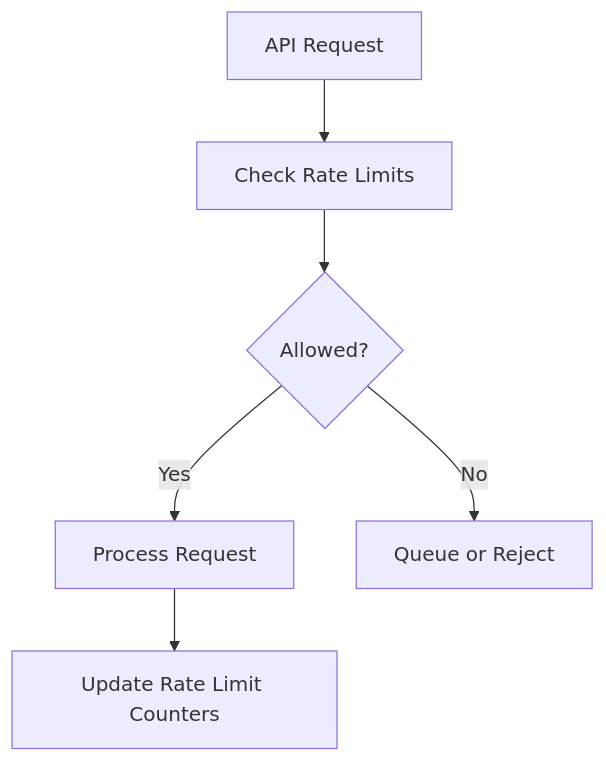
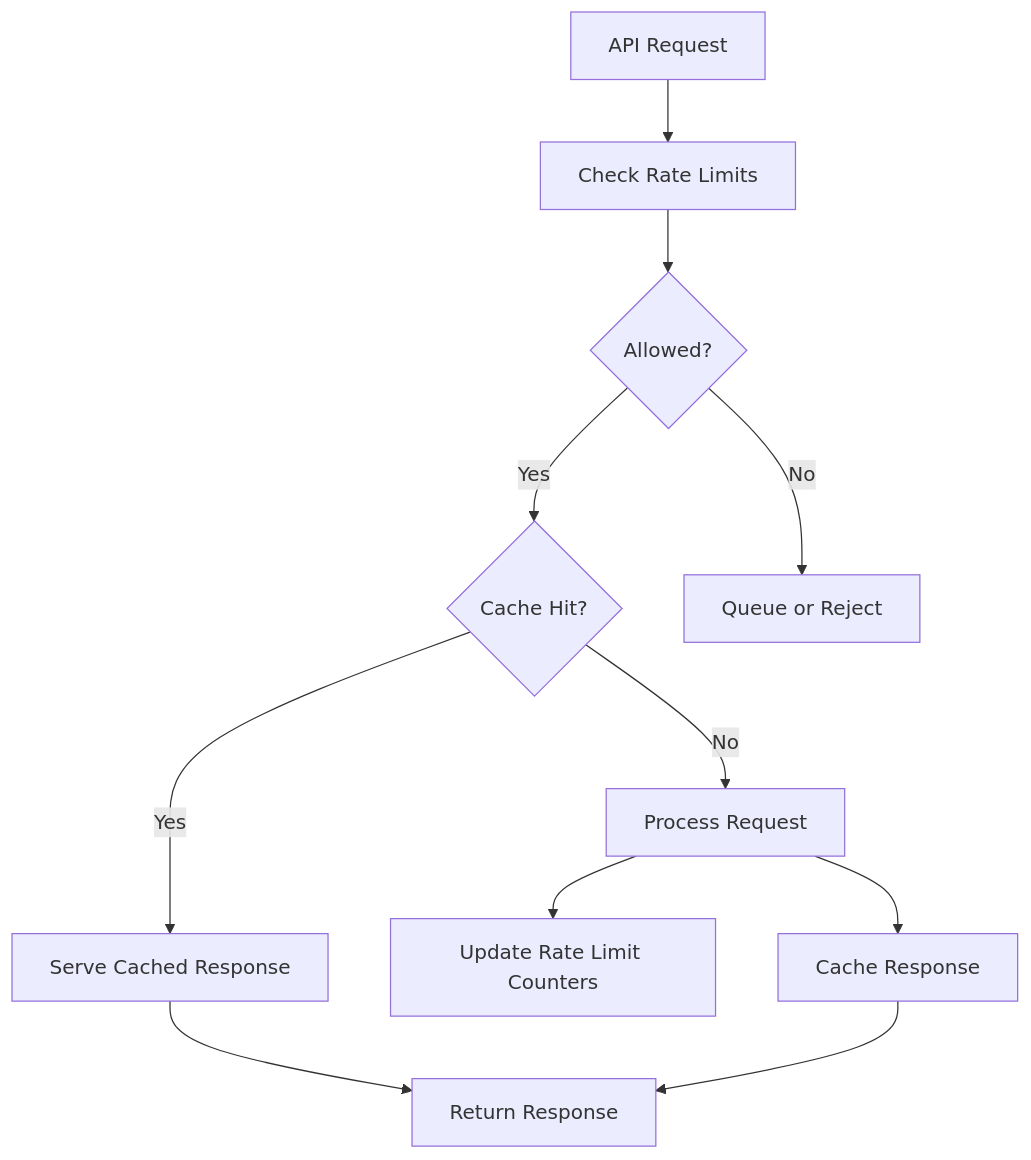
Before and after one commit to open-crosspost/open-crosspost-proxy-service: the sixth of 13 diagrams in memory-bank/systemPatterns.md, drawn with Mermaid. The commit also changed other lines of this file and 12 other files, not shown here.

````diff
--- a/memory-bank/systemPatterns.md
+++ b/memory-bank/systemPatterns.md
@@ -89,8 +94,16 @@
 ```mermaid
 flowchart TD
     Request[API Request] --> RateLimitCheck[Check Rate Limits]
     RateLimitCheck --> Allowed{Allowed?}
-    Allowed -->|Yes| ProcessRequest[Process Request]
+    Allowed -->|Yes| CacheCheck{Cache Hit?}
     Allowed -->|No| QueueOrReject[Queue or Reject]
+    
+    CacheCheck -->|Yes| ServeFromCache[Serve Cached Response]
+    CacheCheck -->|No| ProcessRequest[Process Request]
+    
     ProcessRequest --> UpdateLimits[Update Rate Limit Counters]
+    ProcessRequest --> CacheResponse[Cache Response]
+    
+    ServeFromCache --> ReturnResponse[Return Response]
+    CacheResponse --> ReturnResponse
 ```
````
